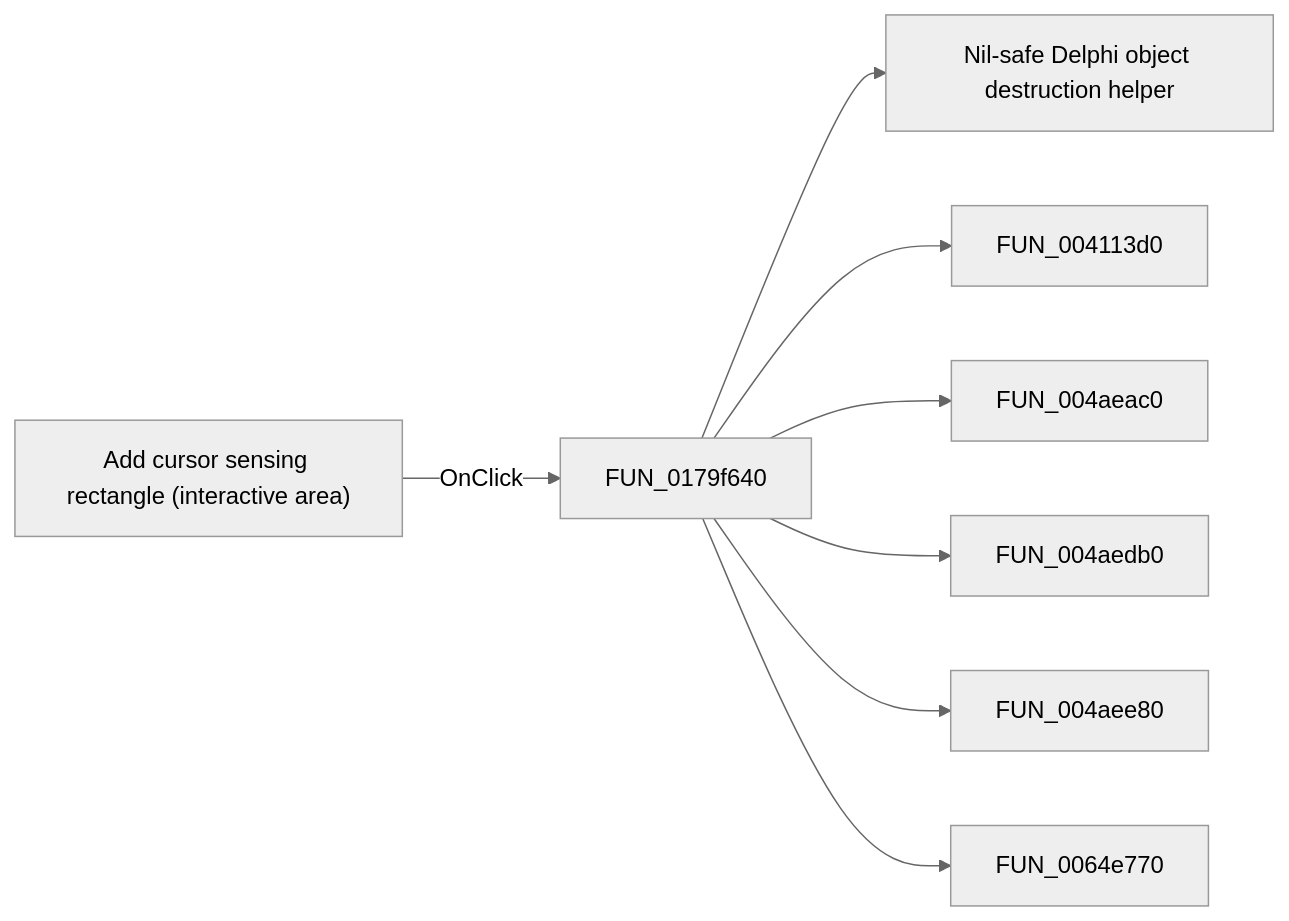
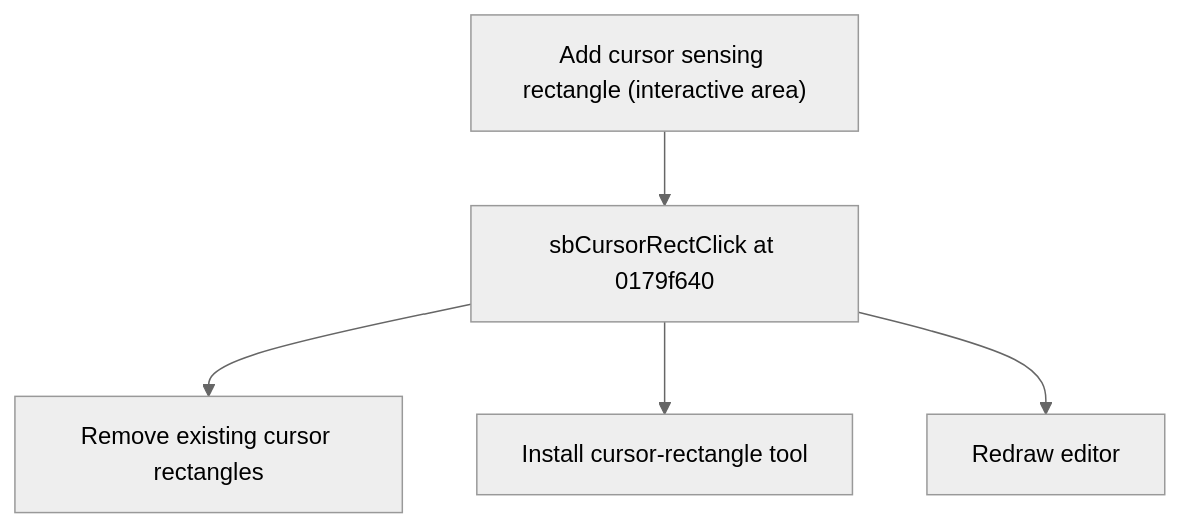
One commit to MovGP0/TIARA changed the diagram in docs/ui-controls/shapeedit/sbcursorrect-b4aa57966a.md. Above: the diagram before and after it, drawn with Mermaid (neutral theme). The commit also changed other lines of this file and 1062 other files, not shown here.

````diff
--- a/docs/ui-controls/shapeedit/sbcursorrect-b4aa57966a.md
+++ b/docs/ui-controls/shapeedit/sbcursorrect-b4aa57966a.md
@@ -27,10 +27,7 @@
 ```mermaid
-flowchart LR
-    control["Add cursor sensing rectangle (interactive area)"] -->|OnClick| handler["FUN_0179f640"]
-    handler --> call1["Nil-safe Delphi object destruction helper"]
-    handler --> call2["FUN_004113d0"]
-    handler --> call3["FUN_004aeac0"]
-    handler --> call4["FUN_004aedb0"]
-    handler --> call5["FUN_004aee80"]
-    handler --> call6["FUN_0064e770"]
+flowchart TD
+    control["Add cursor sensing rectangle (interactive area)"] --> handler["sbCursorRectClick at 0179f640"]
+    handler --> step1["Remove existing cursor rectangles"]
+    handler --> step2["Install cursor-rectangle tool"]
+    handler --> step3["Redraw editor"]
 ```
````
